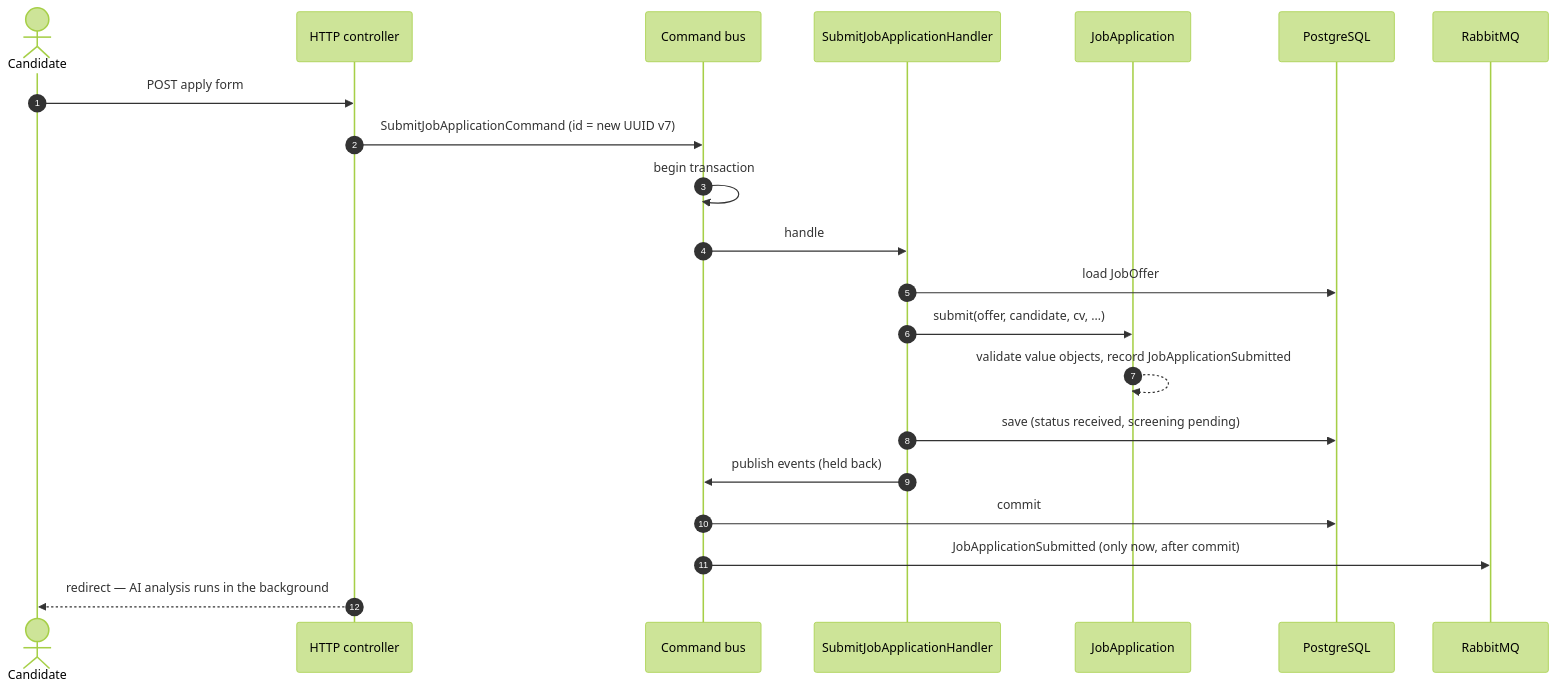
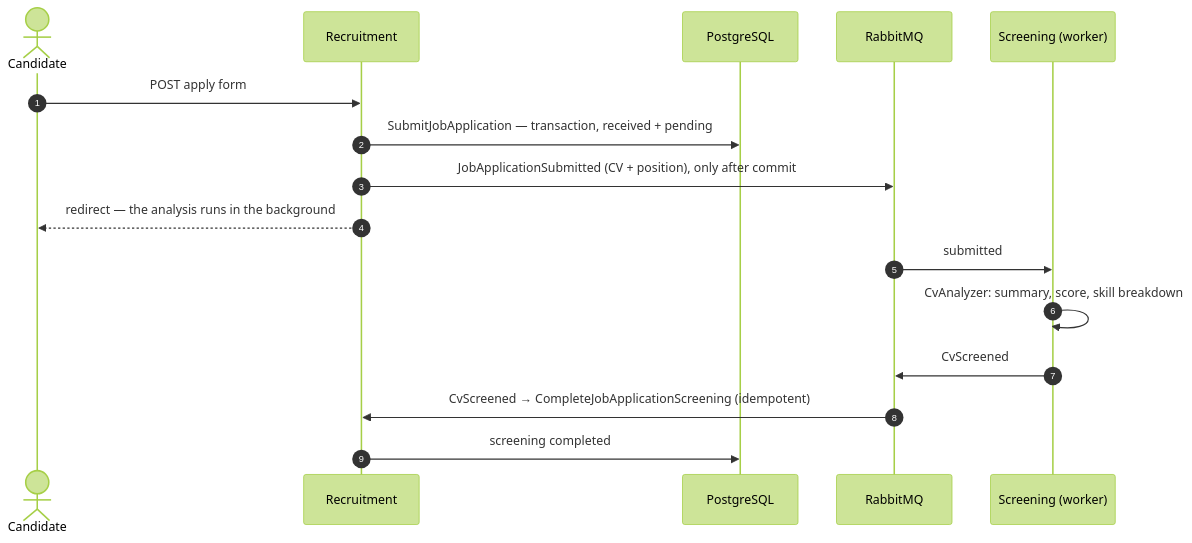
One commit to manuelarandait/ats-poc changed the third of 3 diagrams in docs/ARCHITECTURE.md. Above: the diagram before and after it, drawn with Mermaid (forest theme). The commit also changed other lines of this file and 5 other files, not shown here.

First line of the commit message:
docs: cut the architecture document to its essentials

````diff
--- a/docs/ARCHITECTURE.md
+++ b/docs/ARCHITECTURE.md
@@ -250,24 +86,19 @@
 ```mermaid
 sequenceDiagram
     autonumber
     actor C as Candidate
-    participant H as HTTP controller
-    participant CB as Command bus
-    participant S as SubmitJobApplicationHandler
-    participant A as JobApplication
+    participant R as Recruitment
     participant DB as PostgreSQL
     participant MQ as RabbitMQ
+    participant S as Screening (worker)
 
-    C->>H: POST apply form
-    H->>CB: SubmitJobApplicationCommand (id = new UUID v7)
-    CB->>CB: begin transaction
-    CB->>S: handle
-    S->>DB: load JobOffer
-    S->>A: submit(offer, candidate, cv, …)
-    A-->>A: validate value objects, record JobApplicationSubmitted
-    S->>DB: save (status received, screening pending)
-    S->>CB: publish events (held back)
-    CB->>DB: commit
-    CB->>MQ: JobApplicationSubmitted (only now, after commit)
-    H-->>C: redirect — AI analysis runs in the background
+    C->>R: POST apply form
+    R->>DB: SubmitJobApplication — transaction, received + pending
+    R->>MQ: JobApplicationSubmitted (CV + position), only after commit
+    R-->>C: redirect — the analysis runs in the background
+    MQ->>S: submitted
+    S->>S: CvAnalyzer: summary, score, skill breakdown
+    S->>MQ: CvScreened
+    MQ->>R: CvScreened → CompleteJobApplicationScreening (idempotent)
+    R->>DB: screening completed
 ```
````
